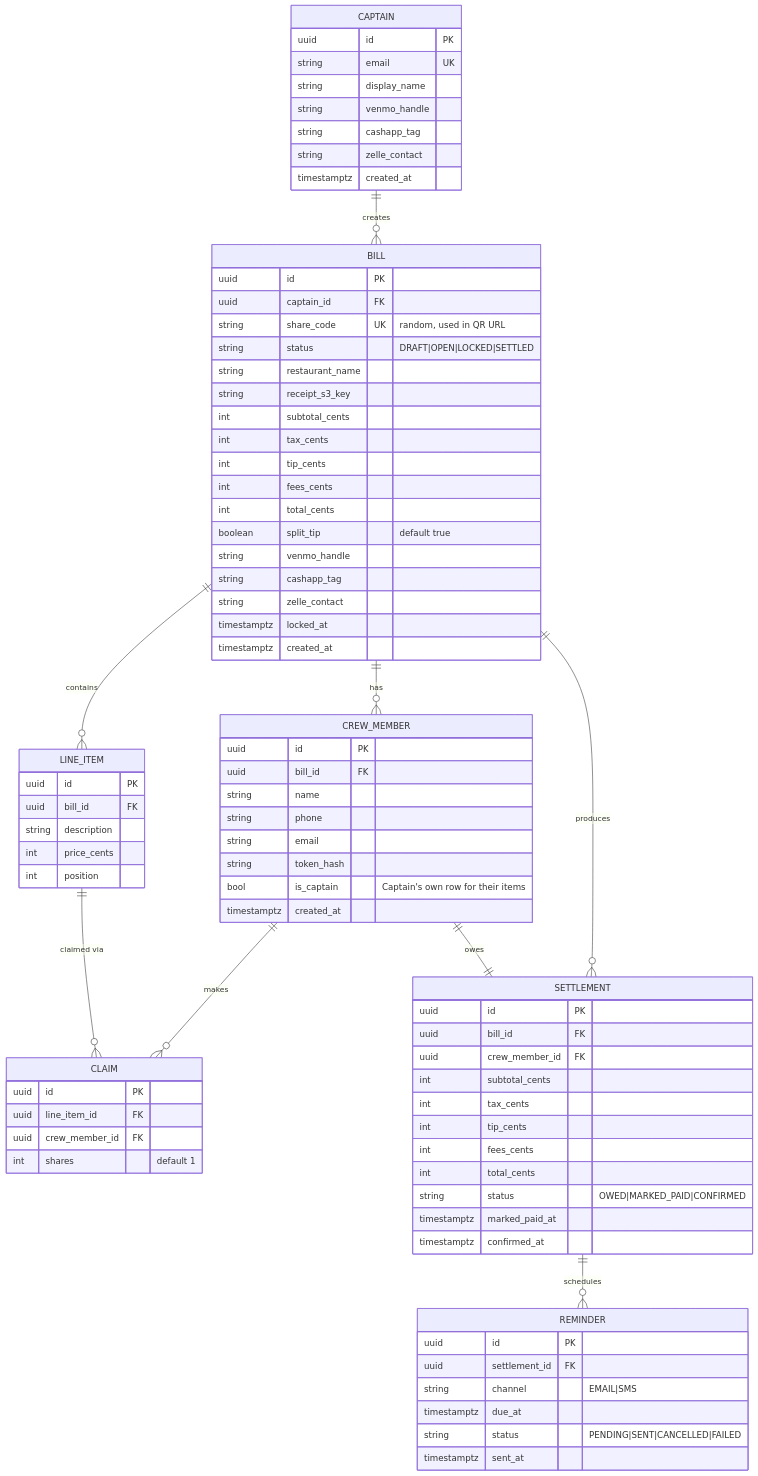
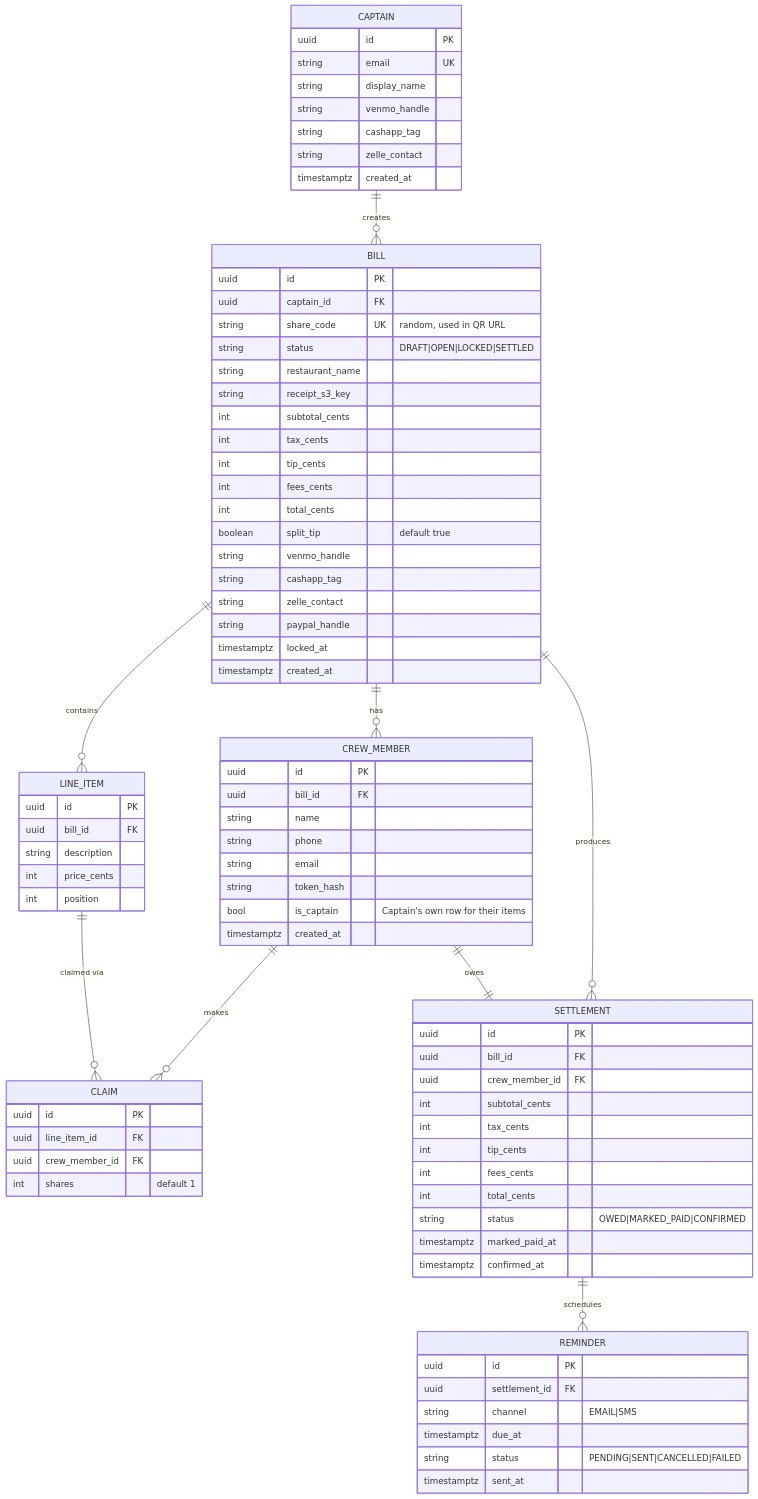
Before and after one commit to bhenry245/dibs: the fifth of 5 diagrams in docs/design.md, drawn with Mermaid. The commit also changed other lines of this file and 16 other files, not shown here.

```diff
--- a/docs/design.md
+++ b/docs/design.md
@@ -301,6 +301,7 @@
         string venmo_handle
         string cashapp_tag
         string zelle_contact
+        string paypal_handle
         timestamptz locked_at
         timestamptz created_at
     }
```
